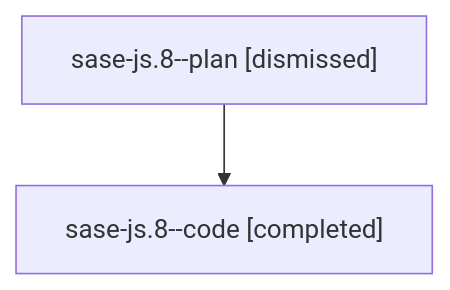
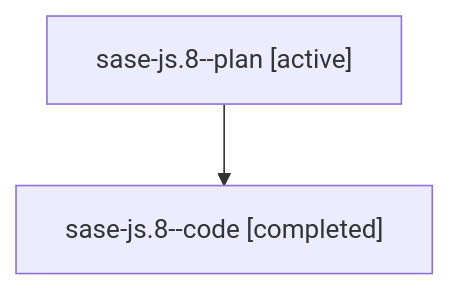
The diagram in families/bbugyi200.athena.sase-js.8.md (sase-org/sase--agents), drawn with Mermaid before and after one commit. The commit also changed other lines of this file and 35830 other files, not shown here.

````diff
--- a/families/bbugyi200.athena.sase-js.8.md
+++ b/families/bbugyi200.athena.sase-js.8.md
@@ -9,6 +9,6 @@
 ```mermaid
 flowchart TD
-  n0["sase-js.8--plan [dismissed]"]
+  n0["sase-js.8--plan [active]"]
   n1["sase-js.8--code [completed]"]
   n0 --> n1
 ```
````
